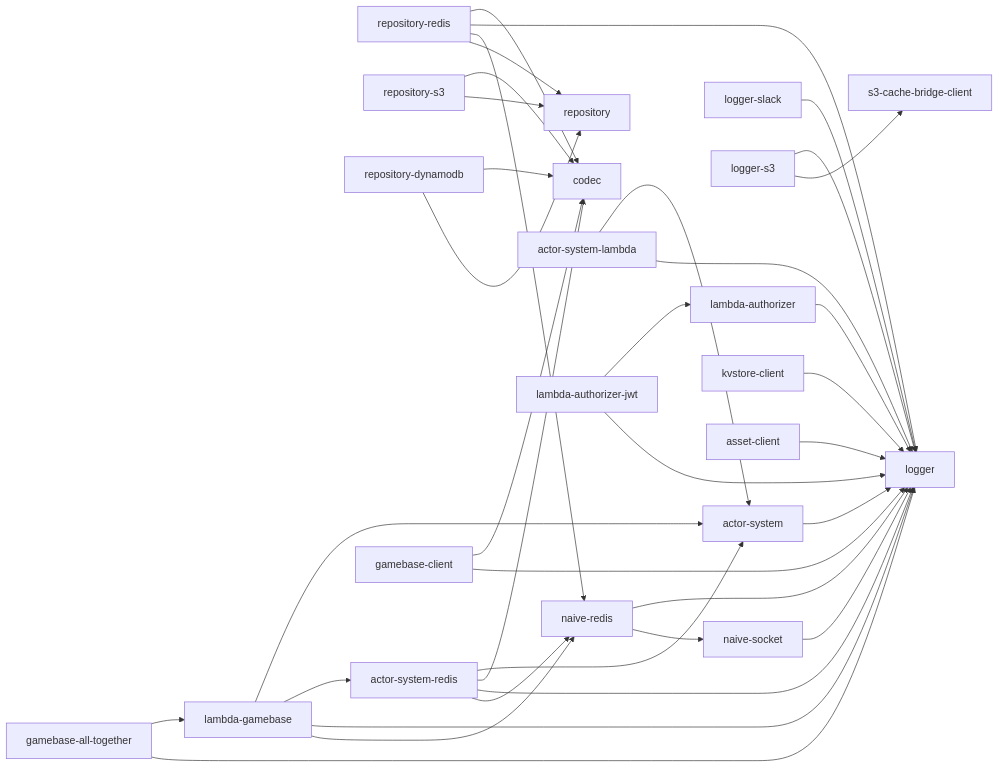
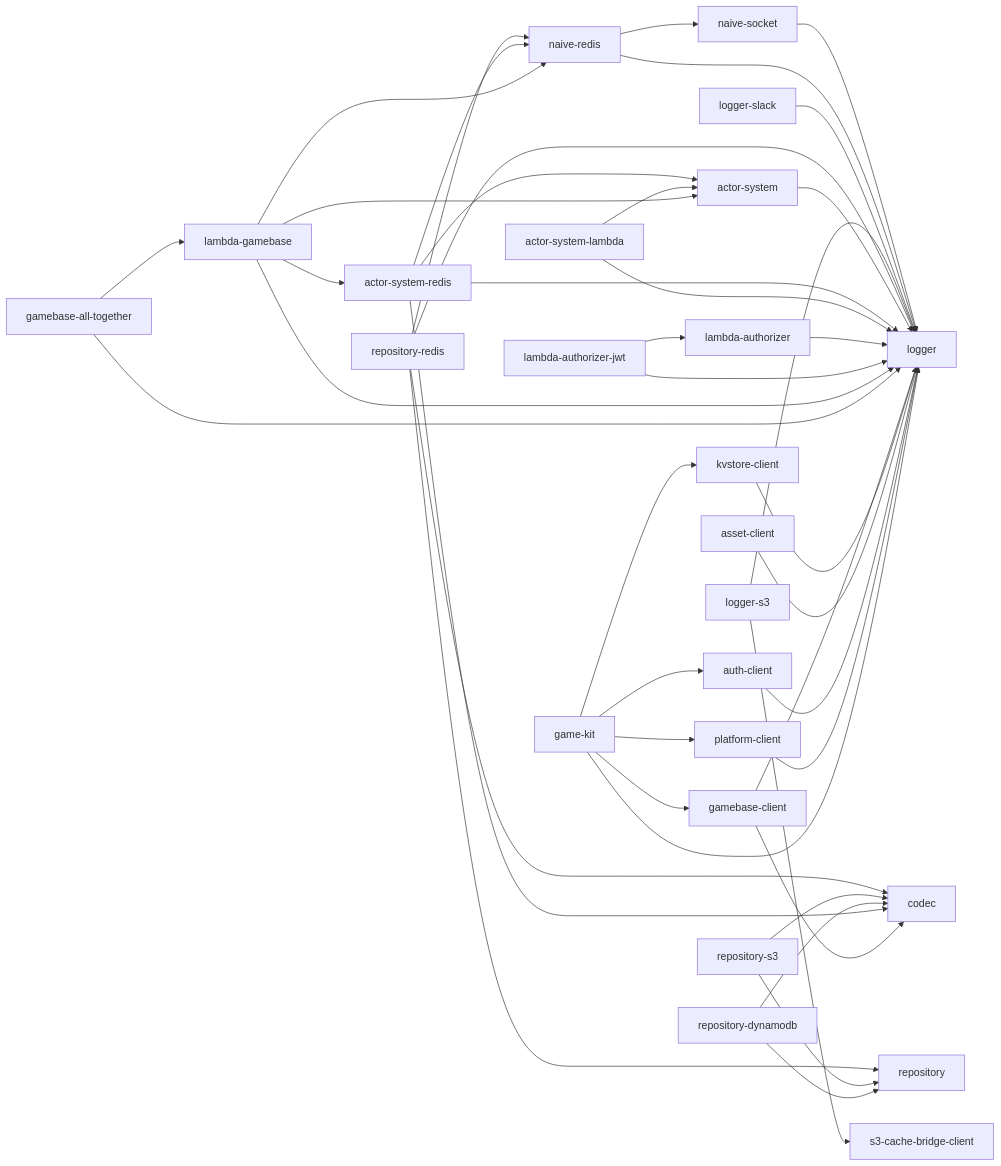
One commit to yingyeothon/tslib changed the diagram in README.md. Above: the diagram before and after it, drawn with Mermaid. The commit also changed other lines of this file and 40 other files, not shown here.

First line of the commit message:
Add Game kit Wave A and supporting client libraries

````diff
--- a/README.md
+++ b/README.md
@@ -53,37 +56,44 @@
 ```mermaid
 graph LR
   naive-socket --> logger
   naive-redis --> logger
   naive-redis --> naive-socket
   logger-slack --> logger
   logger-s3 --> logger
   logger-s3 --> s3-cache-bridge-client
   repository-redis --> codec
   repository-redis --> logger
   repository-redis --> naive-redis
   repository-redis --> repository
   repository-s3 --> codec
   repository-s3 --> repository
   repository-dynamodb --> codec
   repository-dynamodb --> repository
   actor-system --> logger
   actor-system-redis --> actor-system
   actor-system-redis --> codec
   actor-system-redis --> logger
   actor-system-redis --> naive-redis
   actor-system-lambda --> actor-system
   actor-system-lambda --> logger
   lambda-authorizer --> logger
   lambda-authorizer-jwt --> lambda-authorizer
   lambda-authorizer-jwt --> logger
   lambda-gamebase --> actor-system
   lambda-gamebase --> actor-system-redis
   lambda-gamebase --> logger
   lambda-gamebase --> naive-redis
   gamebase-all-together --> lambda-gamebase
   gamebase-all-together --> logger
   gamebase-client --> codec
   gamebase-client --> logger
   kvstore-client --> logger
   asset-client --> logger
+  auth-client --> logger
+  platform-client --> logger
+  game-kit --> auth-client
+  game-kit --> platform-client
+  game-kit --> kvstore-client
+  game-kit --> gamebase-client
+  game-kit --> logger
 ```
````
